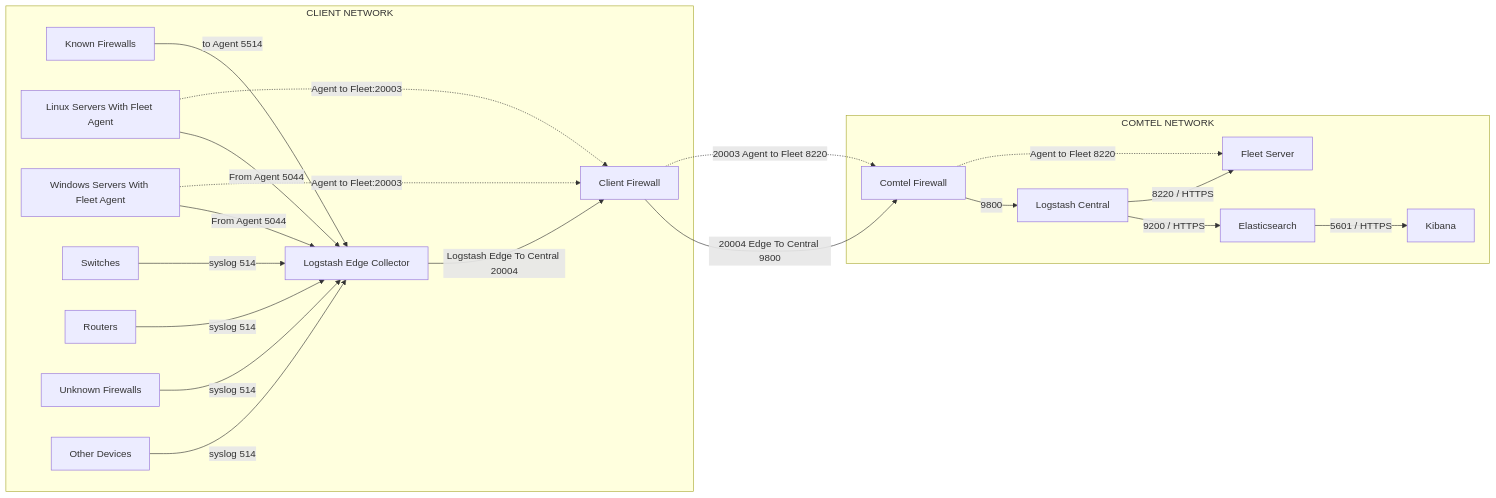
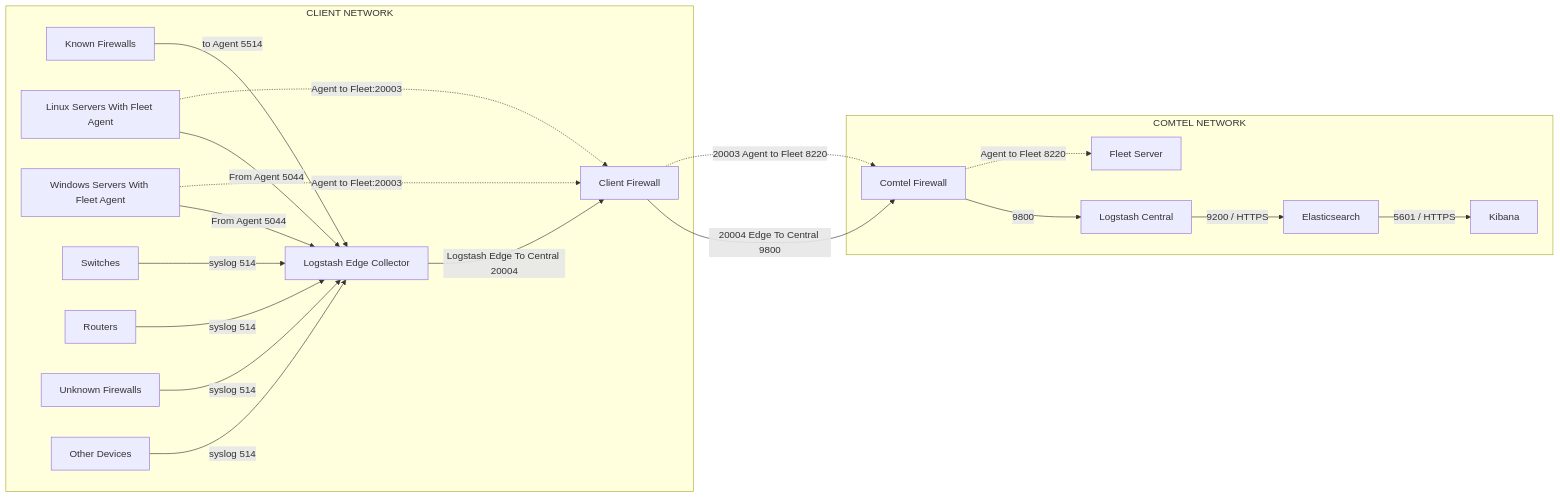
One commit to bhautik-comtel/ELK-config changed the diagram in README.md. Above: the diagram before and after it, drawn with Mermaid.

````diff
--- a/README.md
+++ b/README.md
@@ -20,68 +20,67 @@
 ```mermaid
 flowchart LR
 
 %% =========================
 %% CLIENT NETWORK
 %% =========================
 subgraph CLIENT["CLIENT NETWORK"]
 
     KFW["Known Firewalls"]
     LNX["Linux Servers With Fleet Agent"]
     WIN["Windows Servers With Fleet Agent"]
     SW["Switches"]
     RTR["Routers"]
     FW["Unknown Firewalls"]
     OTH["Other Devices"]
 
 
     EDGE["Logstash Edge Collector"]
 
     FW --  "syslog 514" --> EDGE
     KFW -- "to Agent 5514" --> EDGE
     LNX -- "From Agent 5044" --> EDGE
     WIN -- "From Agent 5044" --> EDGE
     SW --  "syslog 514" --> EDGE
     RTR -- "syslog 514" --> EDGE
     OTH -- "syslog 514" --> EDGE
 
     CFW["Client Firewall"]
 
     EDGE -- "Logstash Edge To Central 20004" --> CFW
 end
 
 %% =========================
 %% WAN / INTERNET
 %% =========================
 
 
 
 %% =========================
 %% COMTEL NETWORK
 %% =========================
 subgraph COMTEL["COMTEL NETWORK"]
 
     COMFW["Comtel Firewall"]
 
     CENTRAL["Logstash Central"]
 
     ES["Elasticsearch"]
 
     KB["Kibana"]
 
     FLEET["Fleet Server"]
 
     COMFW -- "9800" --> CENTRAL
 
     CENTRAL -- "9200 / HTTPS" --> ES
 
     ES -- "5601 / HTTPS" --> KB
 
-    CENTRAL -- "8220 / HTTPS" --> FLEET
 end
 
 CFW -- "20004 Edge To Central 9800" --> COMFW
 
 WIN -. "Agent to Fleet:20003" .-> CFW
 LNX -. "Agent to Fleet:20003" .-> CFW
 CFW -. "20003 Agent to Fleet 8220" .-> COMFW -."Agent to Fleet 8220".-> FLEET
 ```
````
